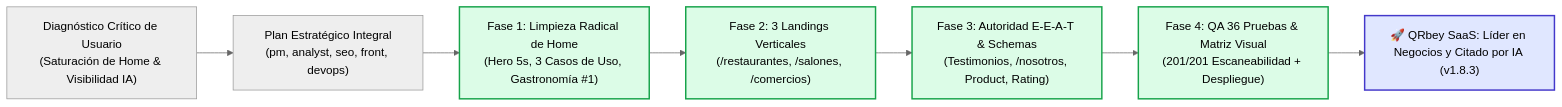
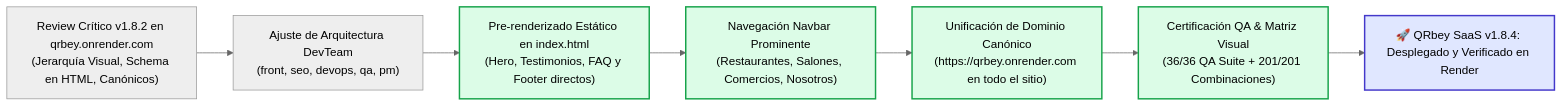
One commit to paolapaz202504/QRgenerator changed the diagram in PROJECT_STATUS_QRGENERATOR.md. Above: the diagram before and after it, drawn with Mermaid (neutral theme). The commit also changed other lines of this file and 19 other files, not shown here.

Commit message:
feat(v1.8.4): prerender estatico inicial en index.html, navegacion por verticales en navbar y unificacion canonica a qrbey.onrender.com

````diff
--- a/PROJECT_STATUS_QRGENERATOR.md
+++ b/PROJECT_STATUS_QRGENERATOR.md
@@ -12,15 +12,15 @@
 ```mermaid
 flowchart LR
-    A["Diagnóstico Crítico de Usuario\n(Saturación de Home & Visibilidad IA)"] --> B["Plan Estratégico Integral\n(pm, analyst, seo, front, devops)"]
-    B --> C["Fase 1: Limpieza Radical de Home\n(Hero 5s, 3 Casos de Uso, Gastronomía #1)"]
-    C --> D["Fase 2: 3 Landings Verticales\n(/restaurantes, /salones, /comercios)"]
-    D --> E["Fase 3: Autoridad E-E-A-T & Schemas\n(Testimonios, /nosotros, Product, Rating)"]
-    E --> F["Fase 4: QA 36 Pruebas & Matriz Visual\n(201/201 Escaneabilidad + Despliegue)"]
-    F --> G["🚀 QRbey SaaS: Líder en Negocios y Citado por IA (v1.8.3)"]
+    A["Review Crítico v1.8.2 en qrbey.onrender.com\n(Jerarquía Visual, Schema en HTML, Canónicos)"] --> B["Ajuste de Arquitectura DevTeam\n(front, seo, devops, qa, pm)"]
+    B --> C["Pre-renderizado Estático en index.html\n(Hero, Testimonios, FAQ y Footer directos)"]
+    C --> D["Navegación Navbar Prominente\n(Restaurantes, Salones, Comercios, Nosotros)"]
+    D --> E["Unificación de Dominio Canónico\n(https://qrbey.onrender.com en todo el sitio)"]
+    E --> F["Certificación QA & Matriz Visual\n(36/36 QA Suite + 201/201 Combinaciones)"]
+    F --> G["🚀 QRbey SaaS v1.8.4: Desplegado y Verificado en Render"]
     
     style C fill:#dcfce7,stroke:#16a34a,stroke-width:2px
     style D fill:#dcfce7,stroke:#16a34a,stroke-width:2px
     style E fill:#dcfce7,stroke:#16a34a,stroke-width:2px
     style F fill:#dcfce7,stroke:#16a34a,stroke-width:2px
     style G fill:#e0e7ff,stroke:#4338ca,stroke-width:2px
 ```
````
